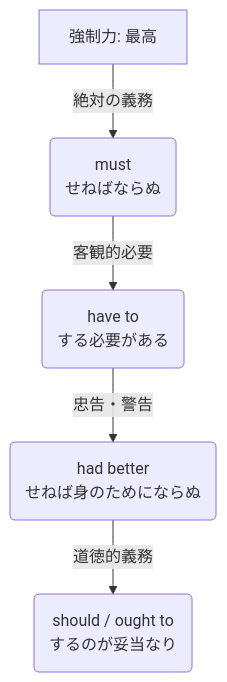
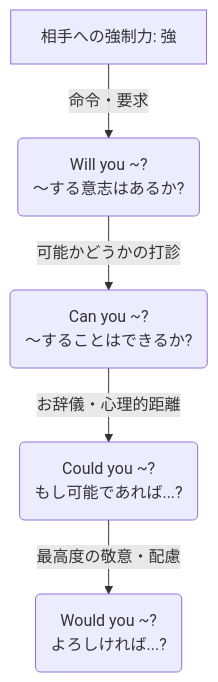
The second of 2 diagrams in grammar/summary_auxiliary.md (tkc310/learn-english), drawn with Mermaid before and after one commit. The commit also changed other lines of this file, not shown here.

````diff
--- a/grammar/summary_auxiliary.md
+++ b/grammar/summary_auxiliary.md
@@ -37,7 +39,7 @@
 ```mermaid
 graph TD
-    A[強制力: 最高] -->|絶対の義務| B(must <br> せねばならぬ)
-    B -->|客観的必要| C(have to <br> する必要がある)
-    C -->|忠告・警告| D(had better <br> せねば身のためにならぬ)
-    D -->|道徳的義務| E(should / ought to <br> するのが妥当なり)
+    A[相手への強制力: 強] -->|命令・要求| B(Will you ~? <br> 〜する意志はあるか?)
+    B -->|可能かどうかの打診| C(Can you ~? <br> 〜することはできるか?)
+    C -->|お辞儀・心理的距離| D(Could you ~? <br> もし可能であれば...?)
+    D -->|最高度の敬意・配慮| E(Would you ~? <br> よろしければ...?)
 ```
````
